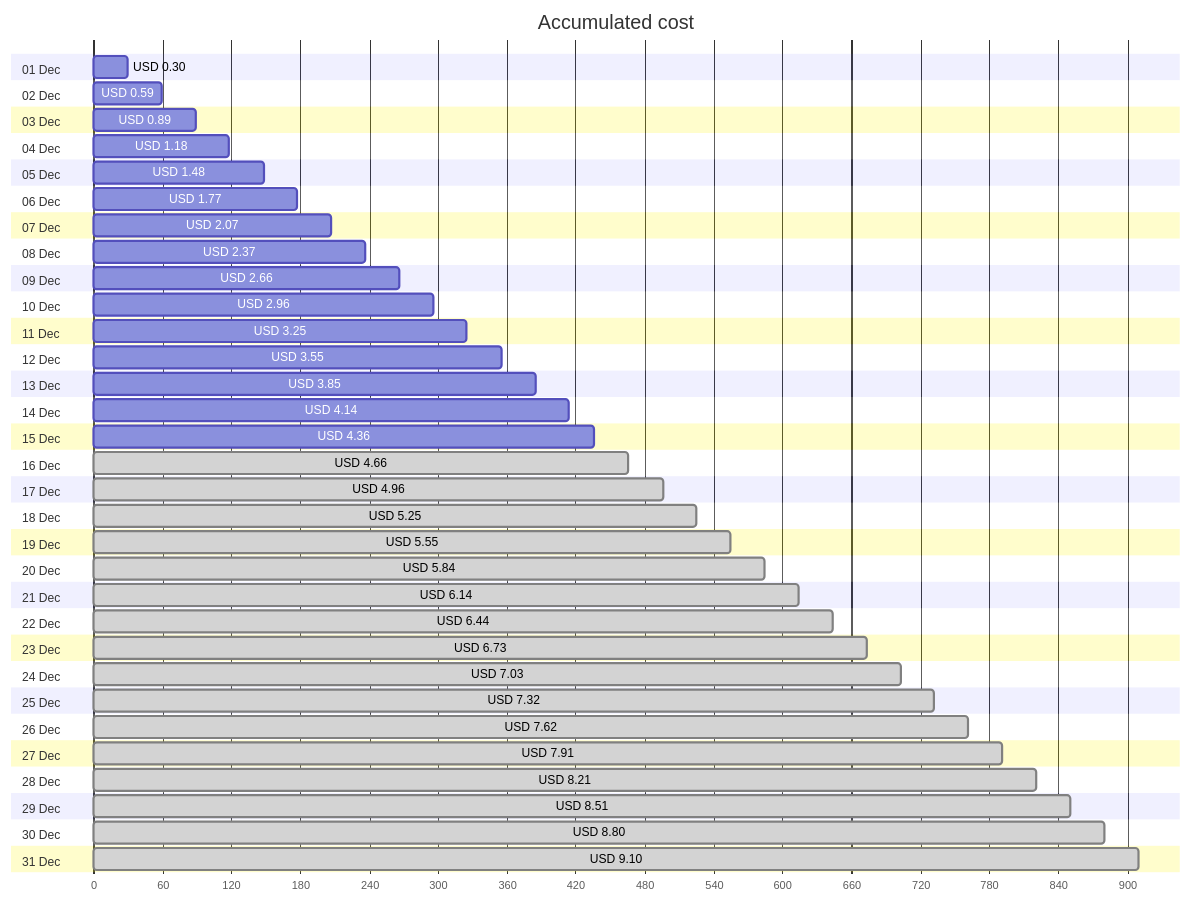
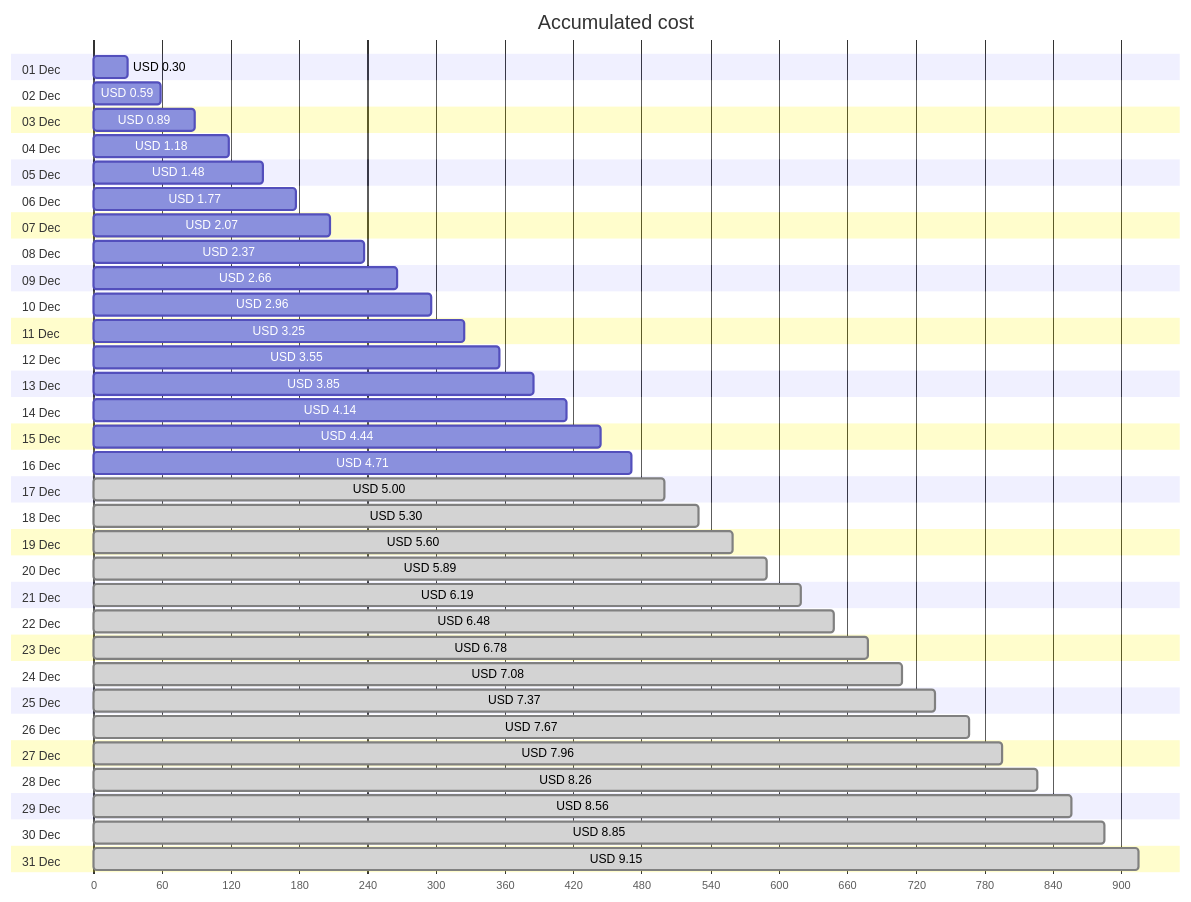
One commit to jpfulton/azure-personal-reports changed the first of 4 diagrams in cost-reports/personal-site/personal-site-preview.md. Above: the diagram before and after it, drawn with Mermaid. The commit also changed other lines of this file and 6 other files, not shown here.

````diff
--- a/cost-reports/personal-site/personal-site-preview.md
+++ b/cost-reports/personal-site/personal-site-preview.md
@@ -20,68 +20,68 @@
 ```mermaid
 gantt
    title Accumulated cost
    dateFormat  X
    axisFormat %s
    section 01 Dec
    USD 0.30 :0, 30
    section 02 Dec
    USD 0.59 :0, 59
    section 03 Dec
    USD 0.89 :0, 89
    section 04 Dec
    USD 1.18 :0, 118
    section 05 Dec
    USD 1.48 :0, 148
    section 06 Dec
    USD 1.77 :0, 177
    section 07 Dec
    USD 2.07 :0, 207
    section 08 Dec
    USD 2.37 :0, 237
    section 09 Dec
    USD 2.66 :0, 266
    section 10 Dec
    USD 2.96 :0, 296
    section 11 Dec
    USD 3.25 :0, 325
    section 12 Dec
    USD 3.55 :0, 355
    section 13 Dec
    USD 3.85 :0, 385
    section 14 Dec
    USD 4.14 :0, 414
    section 15 Dec
-   USD 4.36 :0, 436
+   USD 4.44 :0, 444
    section 16 Dec
-   USD 4.66 : done, 0, 466
+   USD 4.71 :0, 471
    section 17 Dec
-   USD 4.96 : done, 0, 496
+   USD 5.00 : done, 0, 500
    section 18 Dec
-   USD 5.25 : done, 0, 525
+   USD 5.30 : done, 0, 530
    section 19 Dec
-   USD 5.55 : done, 0, 555
+   USD 5.60 : done, 0, 560
    section 20 Dec
-   USD 5.84 : done, 0, 584
+   USD 5.89 : done, 0, 589
    section 21 Dec
-   USD 6.14 : done, 0, 614
+   USD 6.19 : done, 0, 619
    section 22 Dec
-   USD 6.44 : done, 0, 644
+   USD 6.48 : done, 0, 648
    section 23 Dec
-   USD 6.73 : done, 0, 673
+   USD 6.78 : done, 0, 678
    section 24 Dec
-   USD 7.03 : done, 0, 703
+   USD 7.08 : done, 0, 708
    section 25 Dec
-   USD 7.32 : done, 0, 732
+   USD 7.37 : done, 0, 737
    section 26 Dec
-   USD 7.62 : done, 0, 762
+   USD 7.67 : done, 0, 767
    section 27 Dec
-   USD 7.91 : done, 0, 791
+   USD 7.96 : done, 0, 796
    section 28 Dec
-   USD 8.21 : done, 0, 821
+   USD 8.26 : done, 0, 826
    section 29 Dec
-   USD 8.51 : done, 0, 851
+   USD 8.56 : done, 0, 856
    section 30 Dec
-   USD 8.80 : done, 0, 880
+   USD 8.85 : done, 0, 885
    section 31 Dec
-   USD 9.10 : done, 0, 910
+   USD 9.15 : done, 0, 915
 ```
````
